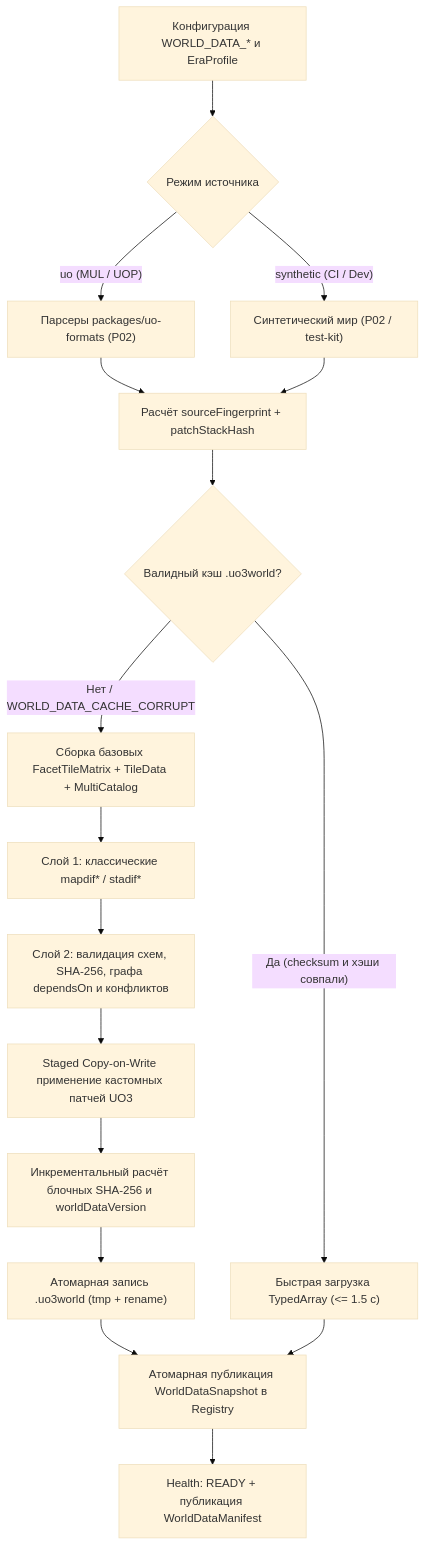
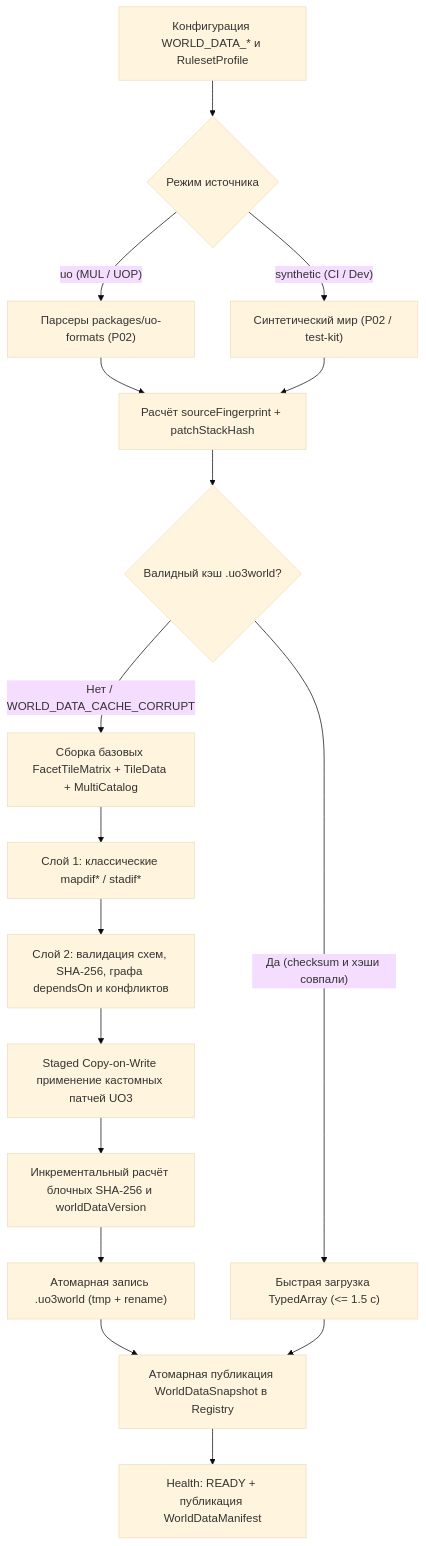
The first of 3 diagrams in openspec/changes/p03-server-world-data/design.md (SergioAndreev/uo3), drawn with Mermaid (base theme) before and after one commit. The commit also changed other lines of this file and 188 other files, not shown here.

````diff
--- a/openspec/changes/p03-server-world-data/design.md
+++ b/openspec/changes/p03-server-world-data/design.md
@@ -178,19 +178,19 @@
 ```mermaid
 flowchart TD
-  CFG["Конфигурация WORLD_DATA_* и EraProfile"] --> MODE{"Режим источника"}
+  CFG["Конфигурация WORLD_DATA_* и RulesetProfile"] --> MODE{"Режим источника"}
   MODE -- "uo (MUL / UOP)" --> PARSE_UO["Парсеры packages/uo-formats (P02)"]
   MODE -- "synthetic (CI / Dev)" --> PARSE_SYN["Синтетический мир (P02 / test-kit)"]
   PARSE_UO --> FP["Расчёт sourceFingerprint + patchStackHash"]
   PARSE_SYN --> FP
   FP --> CACHE{"Валидный кэш .uo3world?"}
   CACHE -- "Да (checksum и хэши совпали)" --> FAST["Быстрая загрузка TypedArray (<= 1.5 с)"]
   CACHE -- "Нет / WORLD_DATA_CACHE_CORRUPT" --> BASE["Сборка базовых FacetTileMatrix + TileData + MultiCatalog"]
   BASE --> DIF["Слой 1: классические mapdif* / stadif*"]
   DIF --> VALID["Слой 2: валидация схем, SHA-256, графа dependsOn и конфликтов"]
   VALID --> COW["Staged Copy-on-Write применение кастомных патчей UO3"]
   COW --> HASH["Инкрементальный расчёт блочных SHA-256 и worldDataVersion"]
   HASH --> WRITE["Атомарная запись .uo3world (tmp + rename)"]
   WRITE --> PUB["Атомарная публикация WorldDataSnapshot в Registry"]
   FAST --> PUB
   PUB --> READY["Health: READY + публикация WorldDataManifest"]
 ```
````
